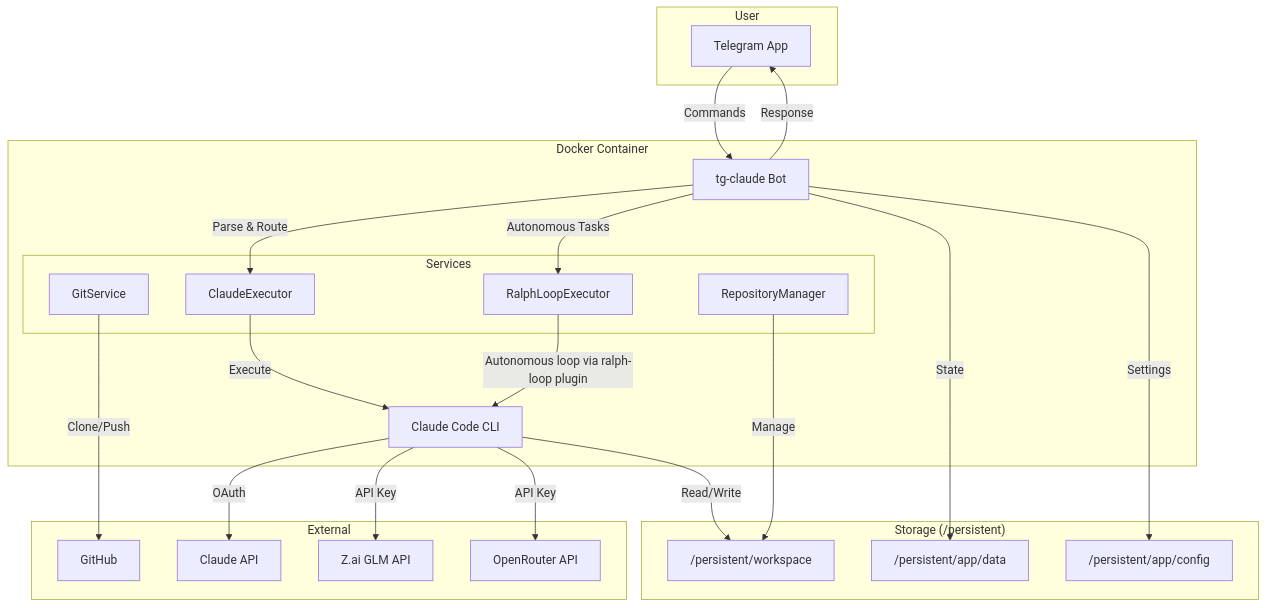
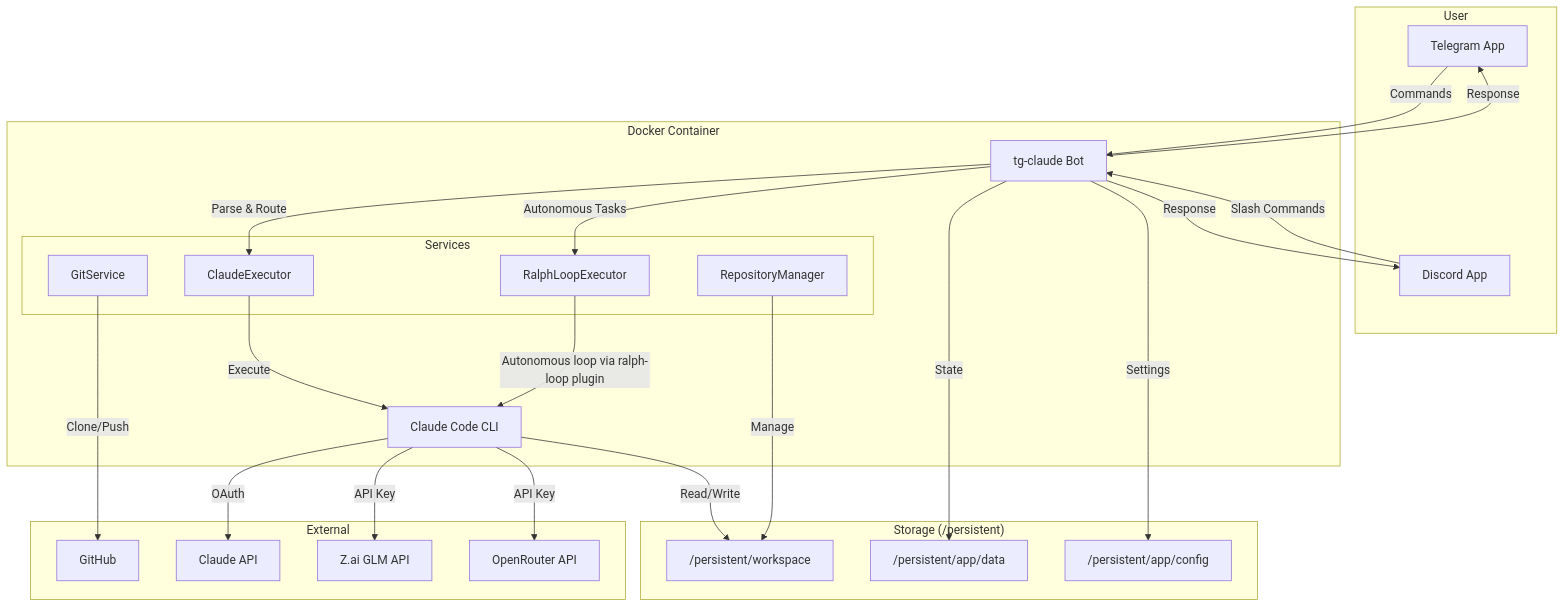
One commit to guzus/tg-claude changed the diagram in README.md. Above: the diagram before and after it, drawn with Mermaid. The commit also changed other lines of this file and 1 other file, not shown here.

Commit message:
docs: add Discord integration guide
- Create docs/DISCORD.md with setup instructions
- Update README with Discord badge and architecture diagram
- Link to Discord guide from Quick Start section

````diff
--- a/README.md
+++ b/README.md
@@ -24,46 +25,49 @@
 ```mermaid
 flowchart TB
     subgraph User
         TG[Telegram App]
+        DC[Discord App]
     end
 
     subgraph Docker Container
         Bot[tg-claude Bot]
         Claude[Claude Code CLI]
-        
+
         subgraph Services
             Executor[ClaudeExecutor]
             Ralph[RalphLoopExecutor]
             Git[GitService]
             Repo[RepositoryManager]
         end
     end
 
     subgraph Storage["Storage (/persistent)"]
         Workspace["/persistent/workspace"]
         Data["/persistent/app/data"]
         Config["/persistent/app/config"]
     end
 
     subgraph External
         GitHub[GitHub]
         ClaudeAPI[Claude API]
         ZaiAPI[Z.ai GLM API]
         OpenRouter[OpenRouter API]
     end
 
     TG -->|Commands| Bot
+    DC -->|Slash Commands| Bot
     Bot -->|Parse & Route| Executor
     Bot -->|Autonomous Tasks| Ralph
     Executor -->|Execute| Claude
     Ralph -->|Autonomous loop via ralph-loop plugin| Claude
     Claude -->|OAuth| ClaudeAPI
     Claude -->|API Key| ZaiAPI
     Claude -->|API Key| OpenRouter
     Claude -->|Read/Write| Workspace
     Git -->|Clone/Push| GitHub
     Repo -->|Manage| Workspace
     Bot -->|State| Data
     Bot -->|Settings| Config
     Bot -->|Response| TG
+    Bot -->|Response| DC
 ```
````
